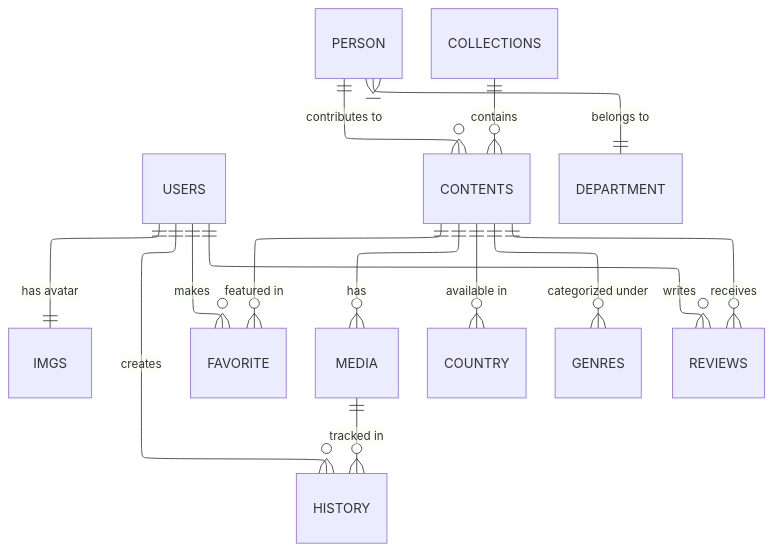
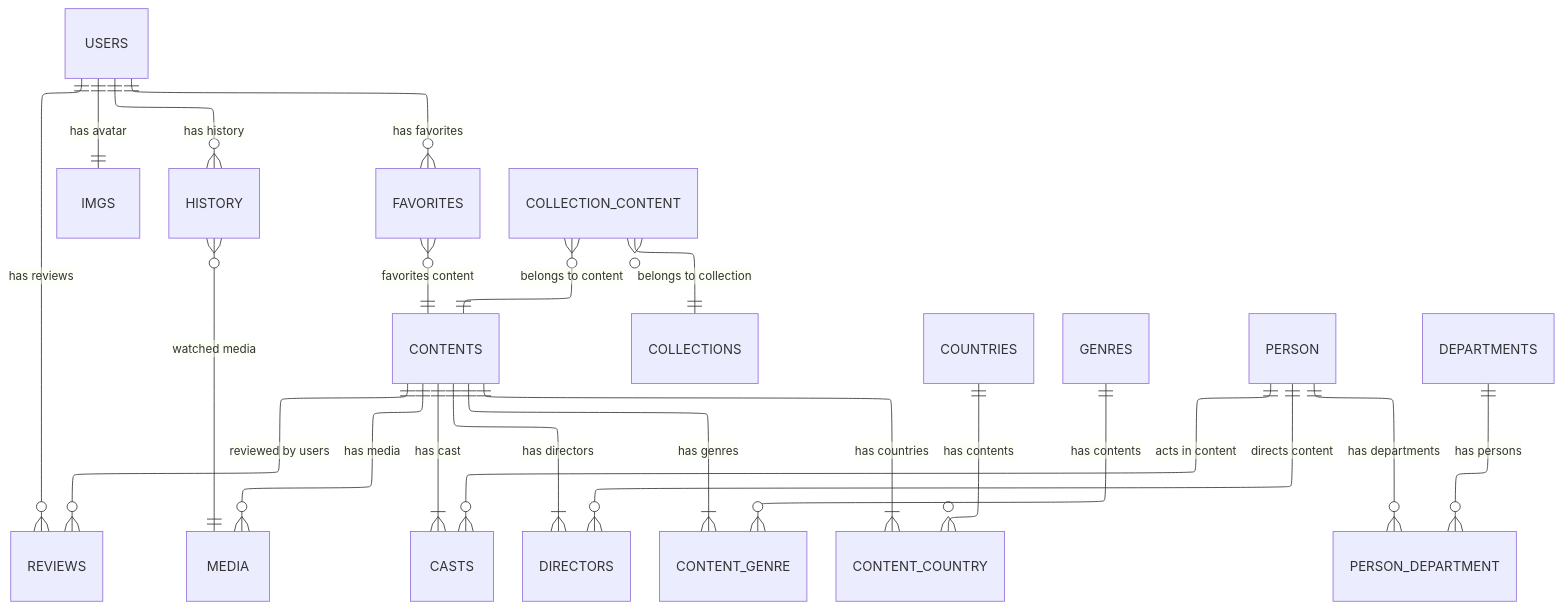
Before and after one commit to yudswin/nettubebe: the second of 2 diagrams in SCHEMA.md, drawn with Mermaid. The commit also changed other lines of this file and 2 other files, not shown here.

Commit message:
update schema, assets

````diff
--- a/SCHEMA.md
+++ b/SCHEMA.md
@@ -155,22 +211,35 @@
 ```mermaid
 ---
 config:
   theme: default
   layout: elk
   look: classic
 ---
 erDiagram
-    USERS ||--|| IMGS : "has avatar"
-    USERS ||--o{ FAVORITE : "makes"
-    CONTENTS ||--o{ FAVORITE : "featured in"
-    USERS ||--o{ HISTORY : "creates"
-    MEDIA ||--o{ HISTORY : "tracked in"
-    CONTENTS ||--o{ MEDIA : "has"
-    PERSON ||--o{ CONTENTS : "contributes to"
-    PERSON }|--|| DEPARTMENT : "belongs to"
-    CONTENTS ||--o{ COUNTRY : "available in"
-    CONTENTS ||--o{ GENRES : "categorized under"
-    COLLECTIONS ||--o{ CONTENTS : "contains"
-    USERS ||--o{ REVIEWS : "writes"
-    CONTENTS ||--o{ REVIEWS : "receives"
+USERS ||--|| IMGS : "has avatar"
+USERS ||--o{ HISTORY : "has history"
+USERS ||--o{ FAVORITES : "has favorites"
+USERS ||--o{ REVIEWS : "has reviews"
+
+FAVORITES }o--|| CONTENTS : "favorites content"
+HISTORY }o--|| MEDIA : "watched media"
+
+CONTENTS ||--|{ CASTS : "has cast"
+CONTENTS ||--|{ DIRECTORS : "has directors"
+CONTENTS ||--|{ CONTENT_GENRE : "has genres"
+CONTENTS ||--|{ CONTENT_COUNTRY : "has countries"
+CONTENTS ||--o{ REVIEWS : "reviewed by users"
+CONTENTS ||--o{ MEDIA : "has media"
+
+COLLECTION_CONTENT }o--|| COLLECTIONS : "belongs to collection"
+COLLECTION_CONTENT }o--|| CONTENTS : "belongs to content"
+
+COUNTRIES ||--o{ CONTENT_COUNTRY : "has contents"
+GENRES ||--o{ CONTENT_GENRE : "has contents"
+
+PERSON ||--o{ PERSON_DEPARTMENT : "has departments"
+PERSON ||--o{ CASTS : "acts in content"
+PERSON ||--o{ DIRECTORS : "directs content"
+
+DEPARTMENTS ||--o{ PERSON_DEPARTMENT : "has persons"
 ```
````
